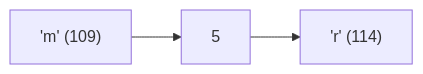
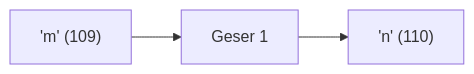
The fourth of 25 diagrams in part-c-pemahaman-cpp/01-tipe-data/latihan/set-11.md (amnahwaida/OSNK_INF_PREP), drawn with Mermaid before and after one commit. The commit also changed other lines of this file and 71 other files, not shown here.

````diff
--- a/part-c-pemahaman-cpp/01-tipe-data/latihan/set-11.md
+++ b/part-c-pemahaman-cpp/01-tipe-data/latihan/set-11.md
@@ -76,5 +107,5 @@
 ```mermaid
 graph LR
-A["'m' (109)"] --> B["5"]
-B --> C["'r' (114)"]
+A["'m' (109)"] --> B["Geser 1"]
+B --> C["'n' (110)"]
 ```
````
